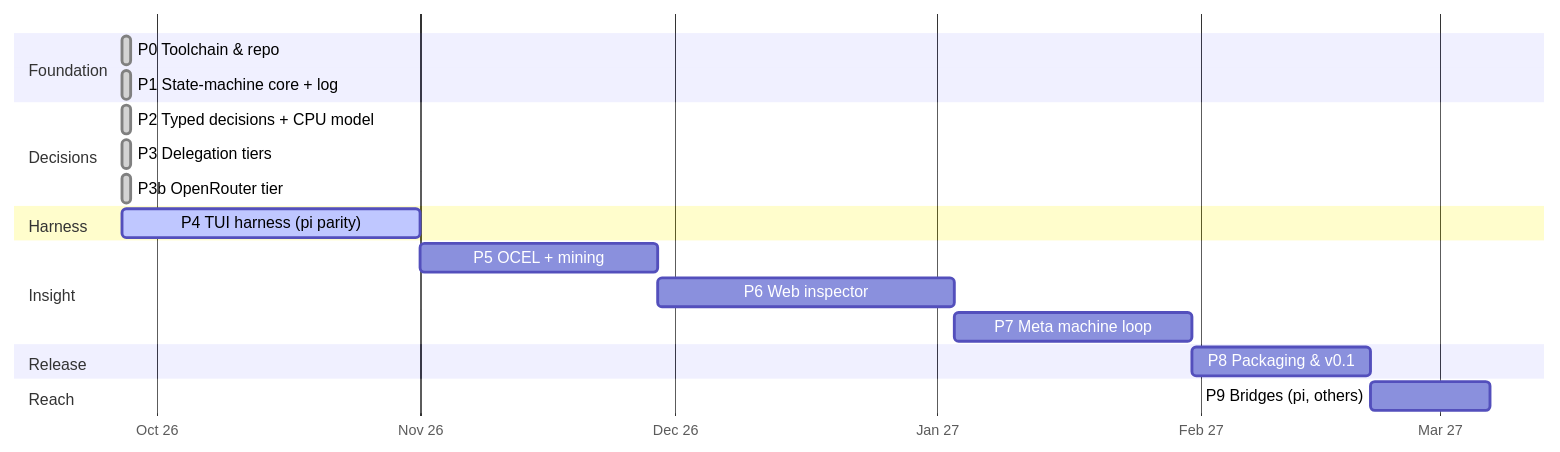
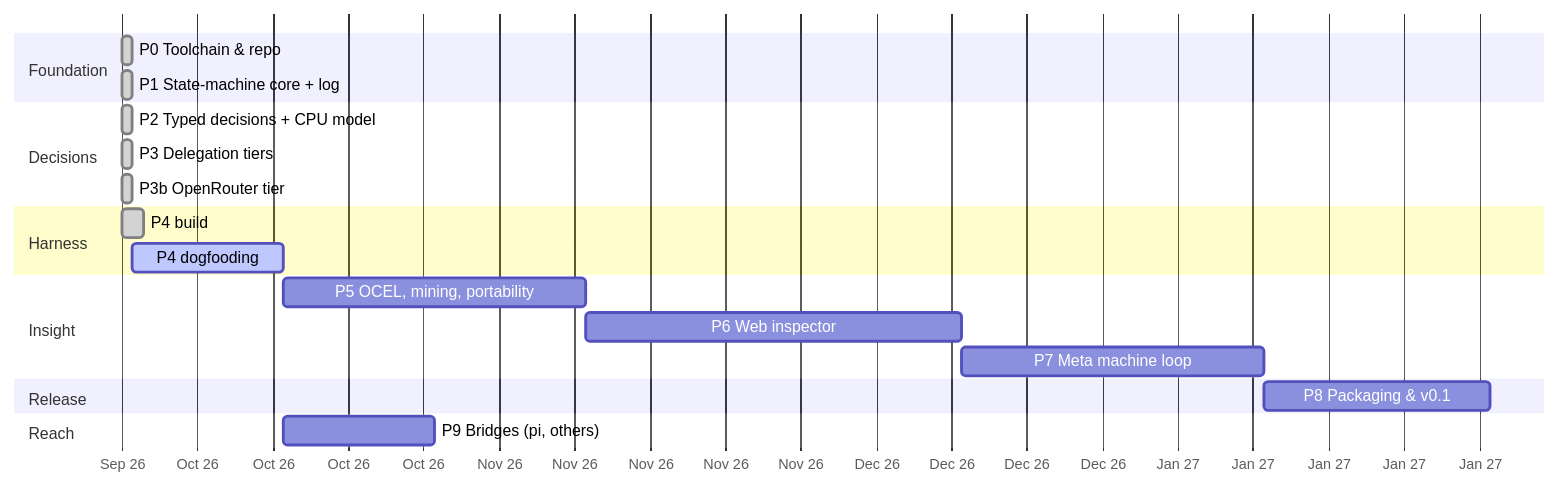
One commit to romeroabelleira/xeito changed the diagram in docs/implementation-plan.md. Above: the diagram before and after it, drawn with Mermaid. The commit also changed other lines of this file and 11 other files, not shown here.

````diff
--- a/docs/implementation-plan.md
+++ b/docs/implementation-plan.md
@@ -27,22 +33,23 @@
 ```mermaid
 gantt
   dateFormat YYYY-MM-DD
   axisFormat %b %y
   section Foundation
   P0 Toolchain & repo            :done, p0, 2026-09-27, 1d
   P1 State-machine core + log    :done, p1, 2026-09-27, 1d
   section Decisions
   P2 Typed decisions + CPU model :done, p2, 2026-09-27, 1d
   P3 Delegation tiers            :done, p3, 2026-09-27, 1d
   P3b OpenRouter tier            :done, p3b, 2026-09-27, 1d
   section Harness
-  P4 TUI harness (pi parity)     :active, p4, 2026-09-27, 5w
+  P4 build                       :done, p4b, 2026-09-27, 2d
+  P4 dogfooding                  :active, p4d, 2026-09-28, 2w
   section Insight
-  P5 OCEL + mining               :p5, after p4, 4w
+  P5 OCEL, mining, portability   :p5, after p4d, 4w
   P6 Web inspector               :p6, after p5, 5w
   P7 Meta machine loop           :p7, after p6, 4w
   section Release
   P8 Packaging & v0.1            :p8, after p7, 3w
   section Reach
-  P9 Bridges (pi, others)        :p9, after p8, 2w
+  P9 Bridges (pi, others)        :p9, after p4d, 2w
 ```
````
